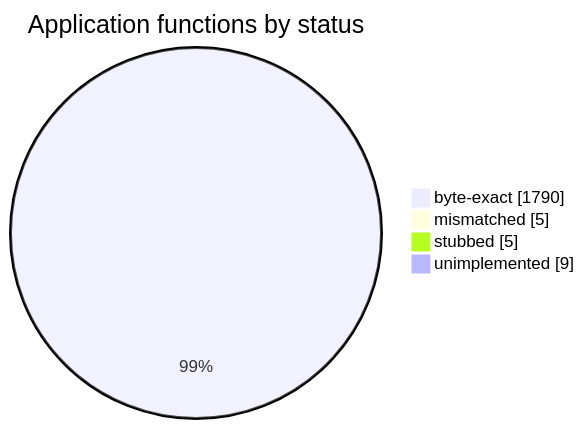
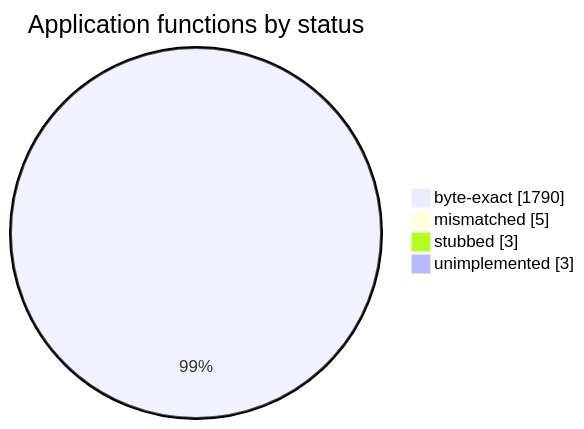
The diagram in README.md (sorokya/eos), drawn with Mermaid before and after one commit. The commit also changed other lines of this file and 3 other files, not shown here.

````diff
--- a/README.md
+++ b/README.md
@@ -154,8 +154,8 @@
 ```mermaid
 pie showData
     title Application functions by status
     "byte-exact" : 1790
     "mismatched" : 5
-    "stubbed" : 5
-    "unimplemented" : 9
+    "stubbed" : 3
+    "unimplemented" : 3
 ```
````
